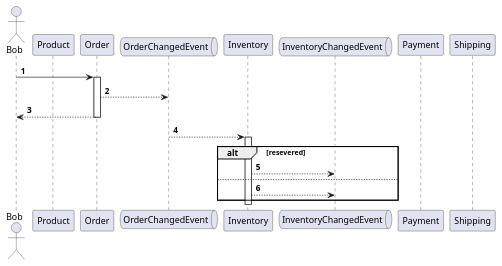
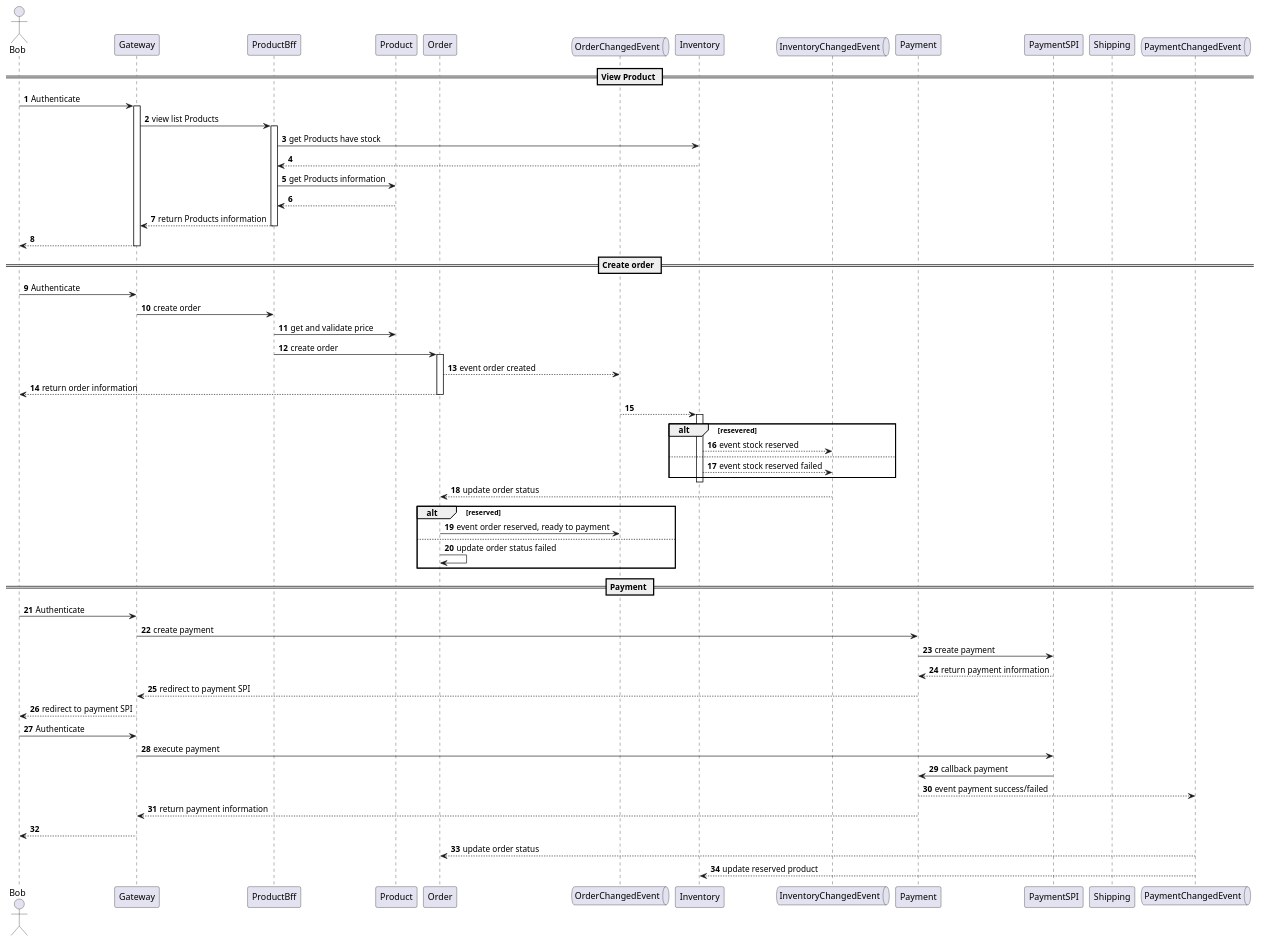
One commit to nduyhai/bootiful-ordering changed the diagram in docs/create_order.puml. Above: the diagram before and after it, drawn with PlantUML. The commit also changed 2 other files, not shown here.

Commit message:
feat: add more status

```diff
--- a/docs/create_order.puml
+++ b/docs/create_order.puml
@@ -1,33 +1,83 @@
 @startuml
 'https://plantuml.com/sequence-diagram
 
 autonumber
 
 actor Bob
+participant Gateway
+participant ProductBff
 participant Product
 participant Order
 queue OrderChangedEvent
 participant Inventory
 queue InventoryChangedEvent
 participant Payment
+participant PaymentSPI
 participant Shipping
+queue PaymentChangedEvent
+
+== View Product ==
+
+Bob -> Gateway: Authenticate
+activate Gateway
+Gateway -> ProductBff: view list Products
+activate ProductBff
+  ProductBff -> Inventory: get Products have stock
+  Inventory --> ProductBff
+  ProductBff -> Product: get Products information
+  Product --> ProductBff
+ProductBff --> Gateway: return Products information
+deactivate ProductBff
+Gateway --> Bob
+deactivate Gateway
 
 
-
-Bob -> Order
+== Create order ==
+Bob -> Gateway: Authenticate
+Gateway -> ProductBff: create order
+ProductBff -> Product: get and validate price
+ProductBff -> Order: create order
 activate Order
-Order --> OrderChangedEvent
-Order --> Bob
+Order --> OrderChangedEvent: event order created
+Order --> Bob: return order information
 deactivate Order
 
 
 OrderChangedEvent  --> Inventory
 activate Inventory
 alt resevered
-Inventory --> InventoryChangedEvent
+Inventory --> InventoryChangedEvent: event stock reserved
 else
-Inventory --> InventoryChangedEvent
+Inventory --> InventoryChangedEvent: event stock reserved failed
 end
 deactivate Inventory
 
+InventoryChangedEvent --> Order: update order status
+alt reserved
+Order -> OrderChangedEvent: event order reserved, ready to payment
+else
+Order -> Order: update order status failed
+end
+
+
+== Payment ==
+
+Bob -> Gateway: Authenticate
+Gateway -> Payment: create payment
+Payment -> PaymentSPI: create payment
+PaymentSPI --> Payment: return payment information
+Payment --> Gateway: redirect to payment SPI
+Gateway --> Bob: redirect to payment SPI
+
+Bob -> Gateway: Authenticate
+Gateway -> PaymentSPI: execute payment
+PaymentSPI -> Payment: callback payment
+Payment --> PaymentChangedEvent: event payment success/failed
+Payment --> Gateway: return payment information
+Gateway --> Bob
+
+
+PaymentChangedEvent --> Order: update order status
+PaymentChangedEvent --> Inventory: update reserved product
+
 @enduml
```
